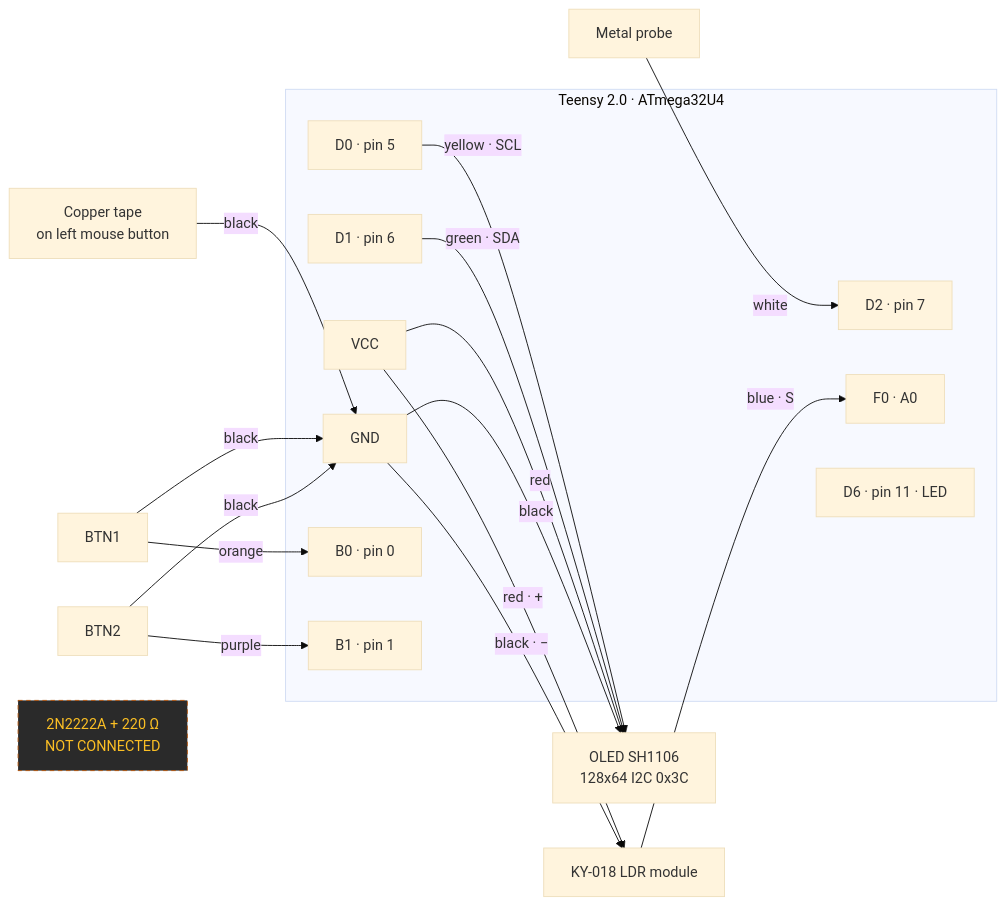
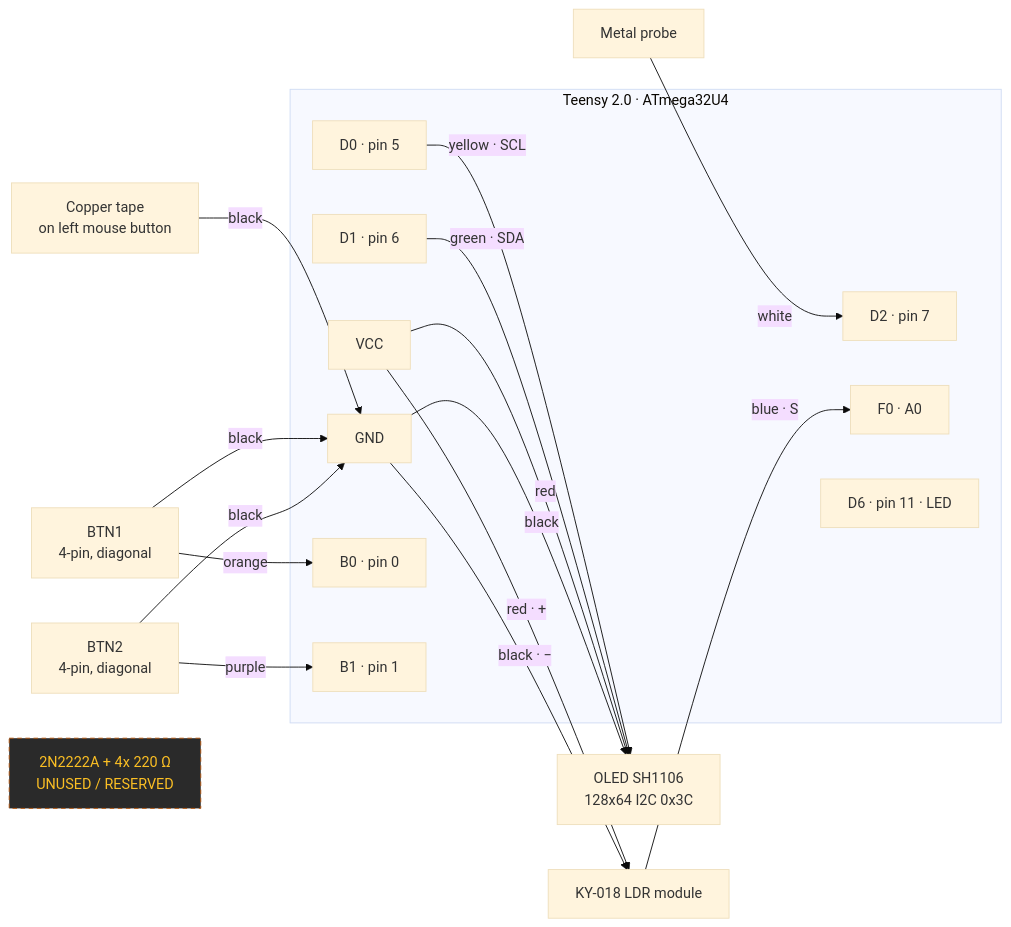
Before and after one commit to PrimeBuild-pc/MouseLatencyTester: the diagram in README.md, drawn with Mermaid (base theme). The commit also changed other lines of this file and 36 other files, not shown here.

````diff
--- a/README.md
+++ b/README.md
@@ -436,35 +460,35 @@
 ```mermaid
 graph LR
     subgraph Teensy["Teensy 2.0 · ATmega32U4"]
         VCC["VCC"]
         GND["GND"]
         D2["D2 · pin 7"]
         D0["D0 · pin 5"]
         D1["D1 · pin 6"]
         F0["F0 · A0"]
         B0["B0 · pin 0"]
         B1["B1 · pin 1"]
         LED["D6 · pin 11 · LED"]
     end
 
     PROBE["Metal probe"] -->|white| D2
     TAPE["Copper tape<br/>on left mouse button"] -->|black| GND
 
     D0 -->|yellow · SCL| OLED["OLED SH1106<br/>128x64 I2C 0x3C"]
     D1 -->|green · SDA| OLED
     VCC -->|red| OLED
     GND -->|black| OLED
 
     KY["KY-018 LDR module"] -->|blue · S| F0
     VCC -->|red · +| KY
     GND -->|black · −| KY
 
-    BTN1["BTN1"] -->|orange| B0
+    BTN1["BTN1<br/>4-pin, diagonal"] -->|orange| B0
     BTN1 -->|black| GND
-    BTN2["BTN2"] -->|purple| B1
+    BTN2["BTN2<br/>4-pin, diagonal"] -->|purple| B1
     BTN2 -->|black| GND
 
-    TRANSISTOR["2N2222A + 220 Ω<br/>NOT CONNECTED"]:::todo
+    TRANSISTOR["2N2222A + 4x 220 Ω<br/>UNUSED / RESERVED"]:::todo
 
     classDef todo fill:#2a2a2a,stroke:#b45309,stroke-dasharray: 5 4,color:#fbbf24
 ```
````
